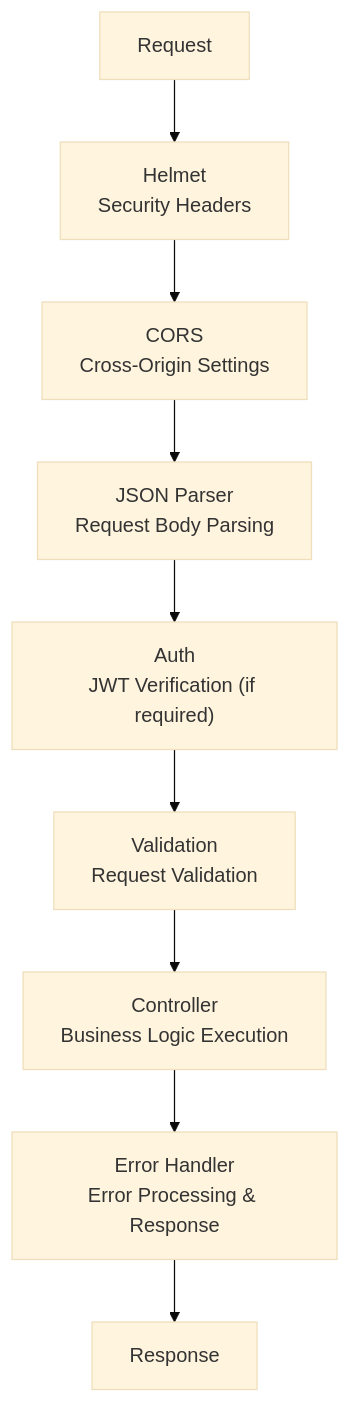
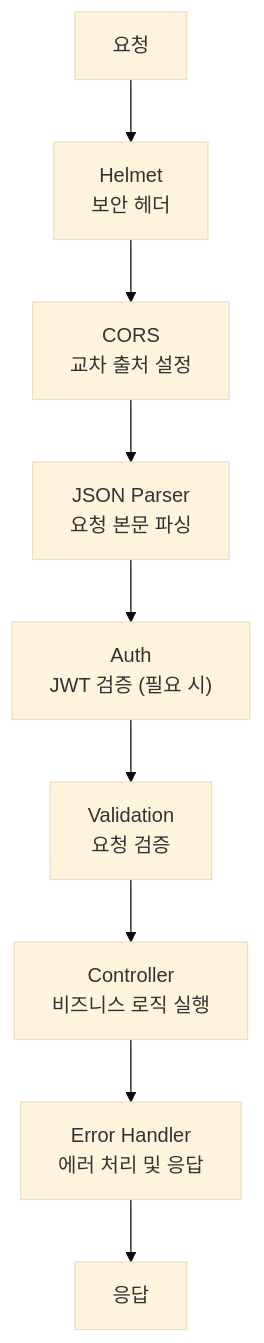
Before and after one commit to serithemage/claude-code-demo: the third of 6 diagrams in docs/Architecture.md, drawn with Mermaid (base theme). The commit also changed other lines of this file and 61 other files, not shown here.

````diff
--- a/docs/Architecture.md
+++ b/docs/Architecture.md
@@ -98,14 +98,14 @@
 ```mermaid
 flowchart TB
-    Request[Request]
-    Helmet["Helmet<br/>Security Headers"]
-    CORS["CORS<br/>Cross-Origin Settings"]
-    JSONParser["JSON Parser<br/>Request Body Parsing"]
-    Auth["Auth<br/>JWT Verification (if required)"]
-    Validation["Validation<br/>Request Validation"]
-    Controller["Controller<br/>Business Logic Execution"]
-    ErrorHandler["Error Handler<br/>Error Processing & Response"]
-    Response[Response]
+    Request[요청]
+    Helmet["Helmet<br/>보안 헤더"]
+    CORS["CORS<br/>교차 출처 설정"]
+    JSONParser["JSON Parser<br/>요청 본문 파싱"]
+    Auth["Auth<br/>JWT 검증 (필요 시)"]
+    Validation["Validation<br/>요청 검증"]
+    Controller["Controller<br/>비즈니스 로직 실행"]
+    ErrorHandler["Error Handler<br/>에러 처리 및 응답"]
+    Response[응답]
 
     Request --> Helmet --> CORS --> JSONParser --> Auth --> Validation --> Controller --> ErrorHandler --> Response
 ```
````
